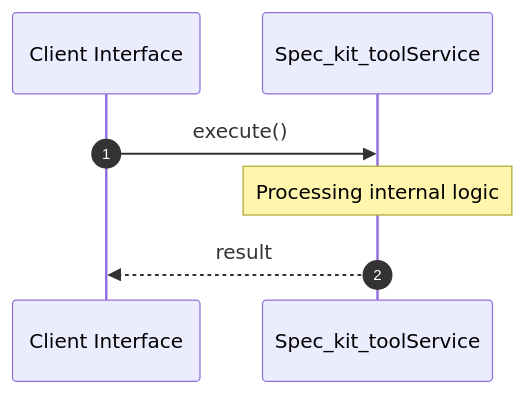
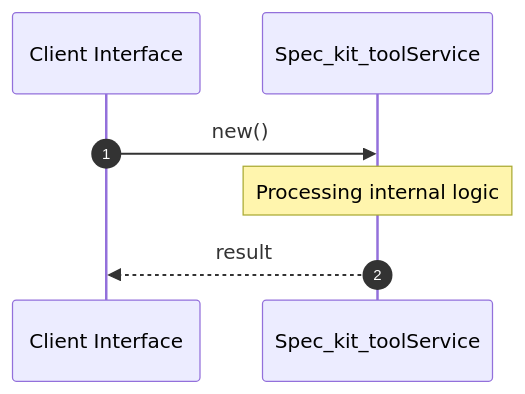
One commit to lgcorzo/rust_CACD_autonomous_factory changed the second of 2 diagrams in openwiki/crates_factory-mcp-server_src_tools_spec_kit_tool_rs.md. Above: the diagram before and after it, drawn with Mermaid. The commit also changed other lines of this file and 78 other files, not shown here.

````diff
--- a/openwiki/crates_factory-mcp-server_src_tools_spec_kit_tool_rs.md
+++ b/openwiki/crates_factory-mcp-server_src_tools_spec_kit_tool_rs.md
@@ -296,10 +296,10 @@
 ```mermaid
 sequenceDiagram
     autonumber
     participant Caller as Client Interface
     participant Svc as Spec_kit_toolService
-    Caller->>Svc: execute()
+    Caller->>Svc: new()
     Note over Svc: Processing internal logic
     Svc-->>Caller: result
 
 ```
````
